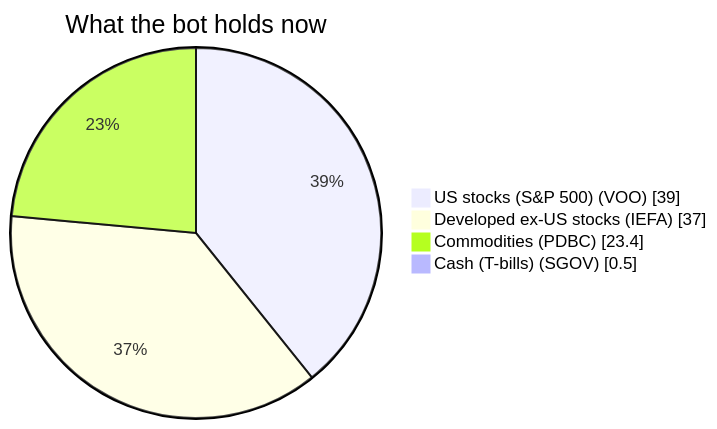
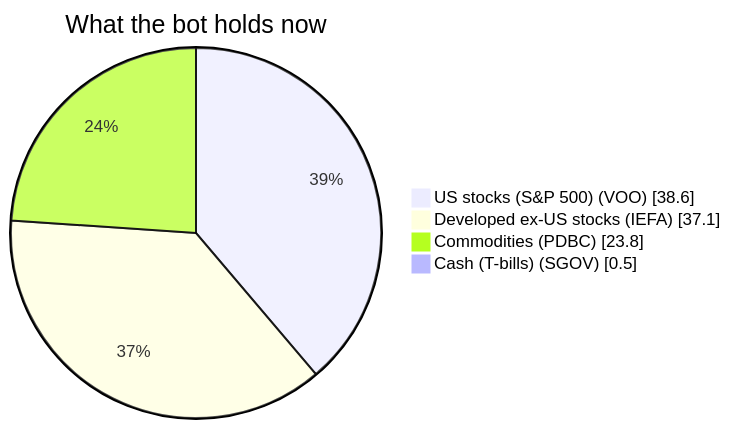
One commit to owlpowell50-creator/trading-bot changed the first of 2 diagrams in 00 - Bot Dashboard.md. Above: the diagram before and after it, drawn with Mermaid. The commit also changed other lines of this file and 17 other files, not shown here.

````diff
--- a/00 - Bot Dashboard.md
+++ b/00 - Bot Dashboard.md
@@ -43,7 +43,7 @@
 ```mermaid
 pie showData title What the bot holds now
-    "US stocks (S&P 500) (VOO)" : 39.0
-    "Developed ex-US stocks (IEFA)" : 37.0
-    "Commodities (PDBC)" : 23.4
+    "US stocks (S&P 500) (VOO)" : 38.6
+    "Developed ex-US stocks (IEFA)" : 37.1
+    "Commodities (PDBC)" : 23.8
     "Cash (T-bills) (SGOV)" : 0.5
 ```
````
